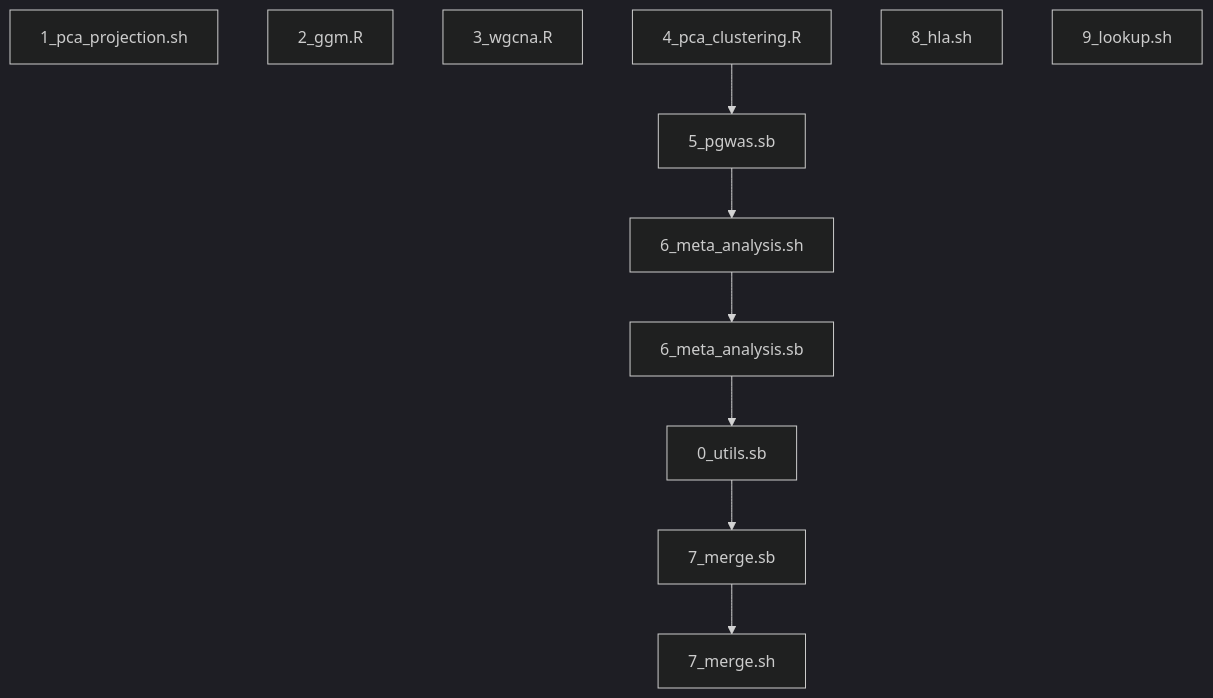
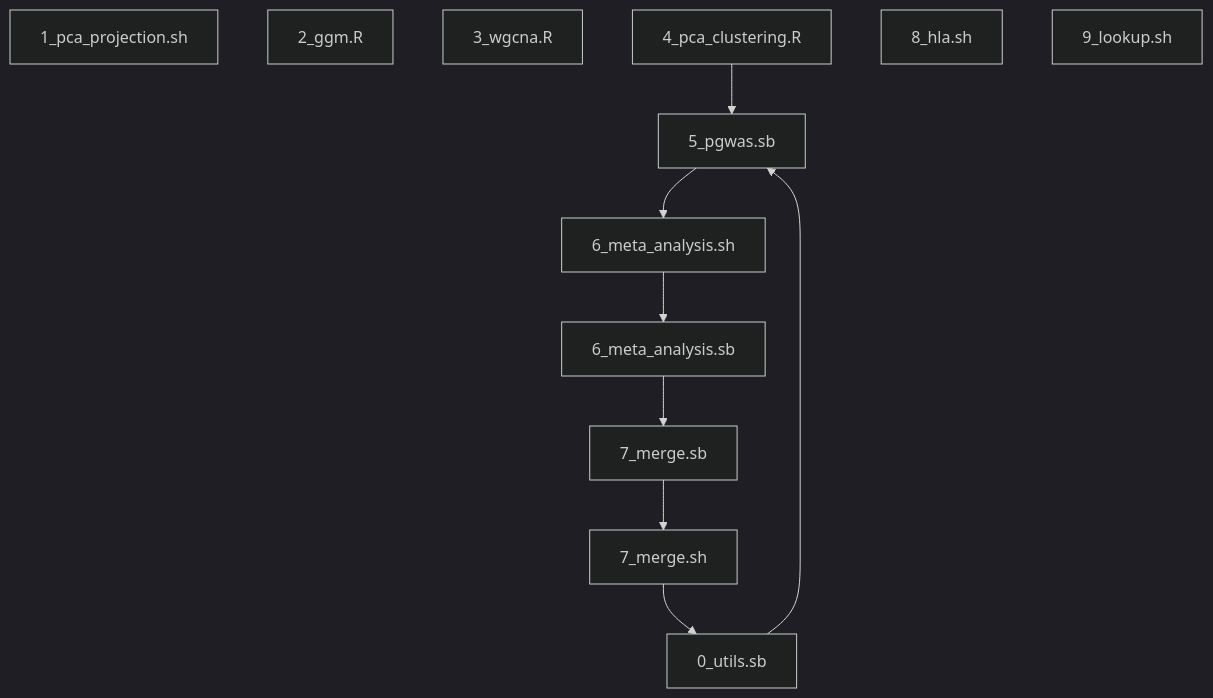
One commit to jinghuazhao/Caprion changed the diagram in README.md. Above: the diagram before and after it, drawn with Mermaid (dark theme). The commit also changed other lines of this file, not shown here.

````diff
--- a/README.md
+++ b/README.md
@@ -19,9 +19,9 @@
 ```mermaid
 graph TB
 1_pca_projection.sh
 2_ggm.R
 3_wgcna.R
-4_pca_clustering.R --> 5_pgwas.sb --> 6_meta_analysis.sh --> 6_meta_analysis.sb --> 0_utils.sb --> 7_merge.sb --> 7_merge.sh
+4_pca_clustering.R --> 5_pgwas.sb --> 6_meta_analysis.sh --> 6_meta_analysis.sb --> 7_merge.sb --> 7_merge.sh --> 0_utils.sb --> 5_pgwas.sb
 8_hla.sh
 9_lookup.sh
 ```
````
